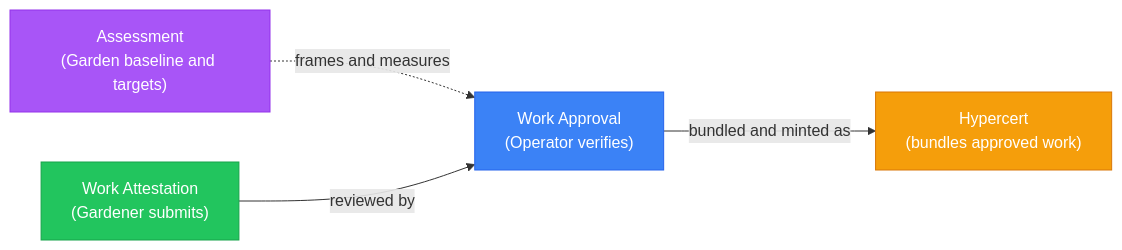
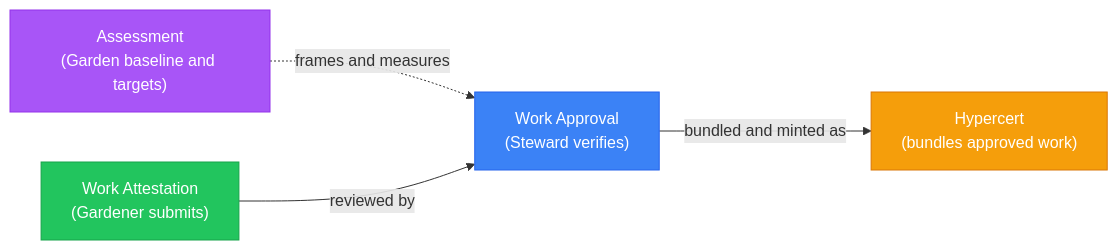
Before and after one commit to greenpill-dev-guild/green-goods: the second of 2 diagrams in docs/docs/community/how-it-works.mdx, drawn with Mermaid. The commit also changed other lines of this file and 447 other files, not shown here.

````diff
--- a/docs/docs/community/how-it-works.mdx
+++ b/docs/docs/community/how-it-works.mdx
@@ -154,11 +154,11 @@
 ```mermaid
 graph LR
     A["Assessment<br/>(Garden baseline and targets)"] -.->|frames and measures| WA
-    W["Work Attestation<br/>(Gardener submits)"] -->|reviewed by| WA["Work Approval<br/>(Operator verifies)"]
+    W["Work Attestation<br/>(Gardener submits)"] -->|reviewed by| WA["Work Approval<br/>(Steward verifies)"]
     WA -->|bundled and minted as| H["Hypercert<br/>(bundles approved work)"]
 
     style A fill:#a855f7,stroke:#9333ea,color:#fff
     style W fill:#22c55e,stroke:#16a34a,color:#fff
     style WA fill:#3b82f6,stroke:#2563eb,color:#fff
     style H fill:#f59e0b,stroke:#d97706,color:#fff
 ```
````
